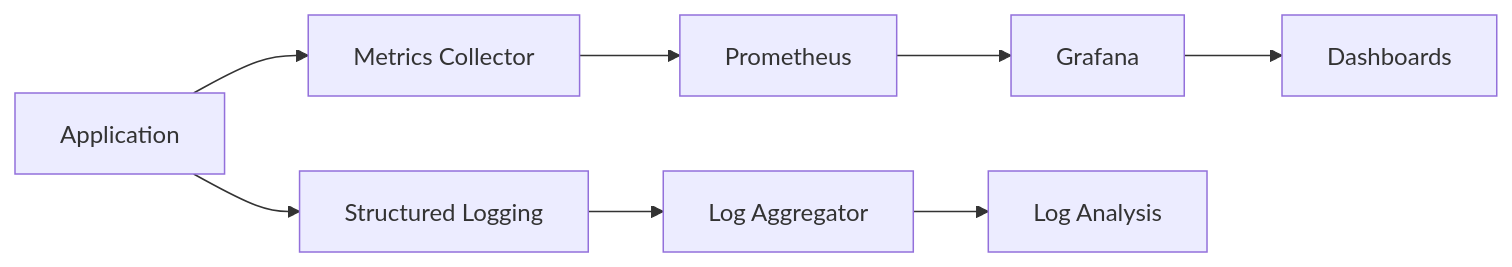
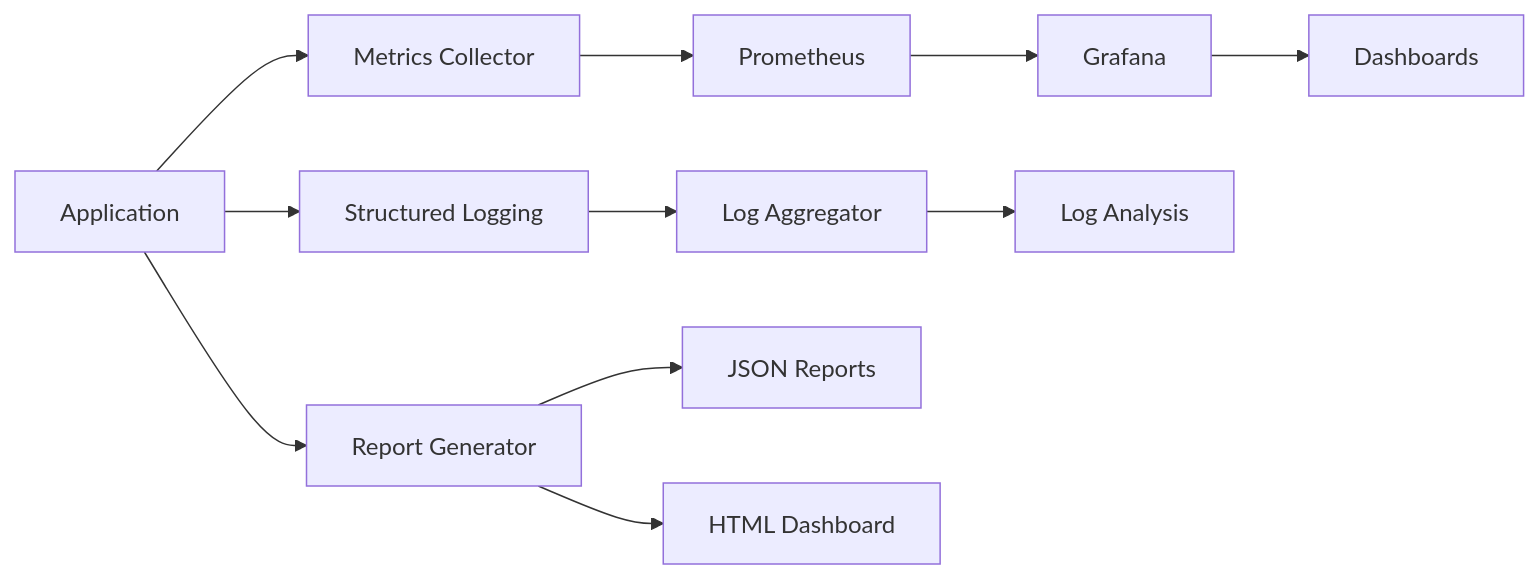
One commit to KhaiTrang1995/AI-Agents-Orchestrator changed diagram 17 of 21 in ARCHITECTURE.md. Above: the diagram before and after it, drawn with Mermaid. The commit also changed other lines of this file and 24 other files, not shown here.

````diff
--- a/ARCHITECTURE.md
+++ b/ARCHITECTURE.md
@@ -704,11 +704,15 @@
 ```mermaid
 graph LR
     A[Application] --> B[Metrics Collector]
     B --> C[Prometheus]
     C --> D[Grafana]
     D --> E[Dashboards]
 
     A --> F[Structured Logging]
     F --> G[Log Aggregator]
     G --> H[Log Analysis]
+
+    A --> I[Report Generator]
+    I --> J[JSON Reports]
+    I --> K[HTML Dashboard]
 ```
````
